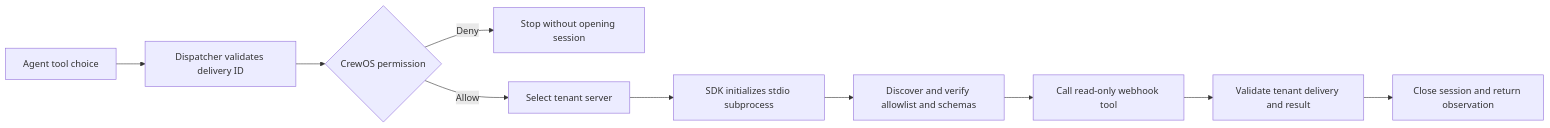
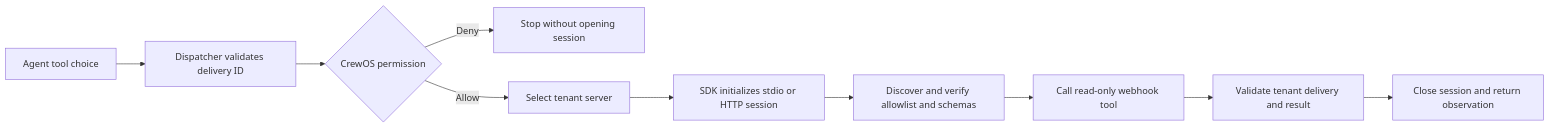
One commit to khushal075/crewos changed the diagram in docs/architecture/mcp-integration.md. Above: the diagram before and after it, drawn with Mermaid. The commit also changed other lines of this file and 6 other files, not shown here.

````diff
--- a/docs/architecture/mcp-integration.md
+++ b/docs/architecture/mcp-integration.md
@@ -287,12 +288,12 @@
 ```mermaid
 flowchart LR
     A[Agent tool choice] --> D[Dispatcher validates delivery ID]
     D --> P{CrewOS permission}
     P -- Deny --> F[Stop without opening session]
     P -- Allow --> R[Select tenant server]
-    R --> S[SDK initializes stdio subprocess]
+    R --> S[SDK initializes stdio or HTTP session]
     S --> C[Discover and verify allowlist and schemas]
     C --> W[Call read-only webhook tool]
     W --> V[Validate tenant delivery and result]
     V --> X[Close session and return observation]
 ```
````
